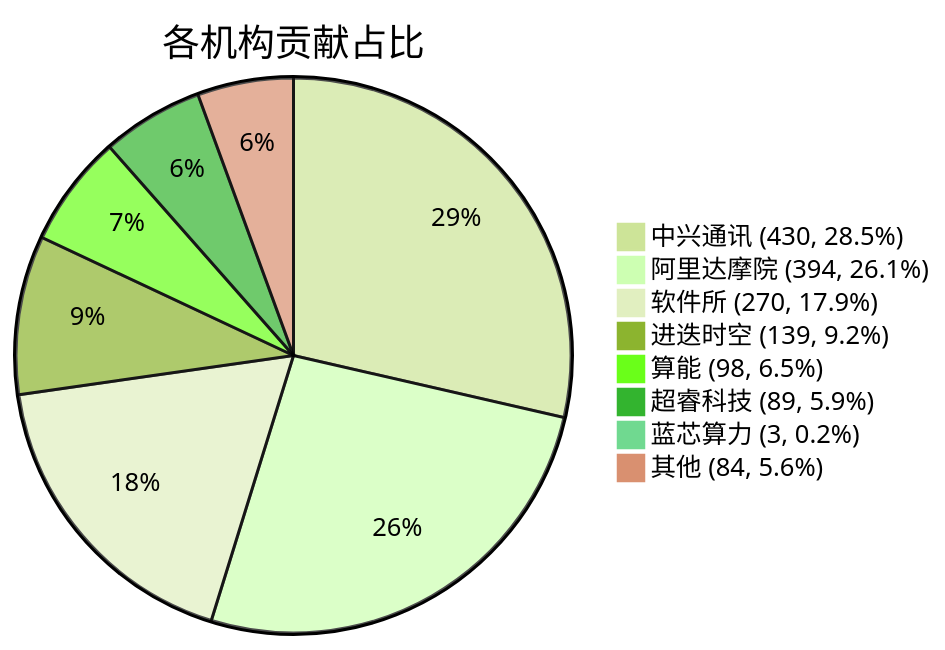
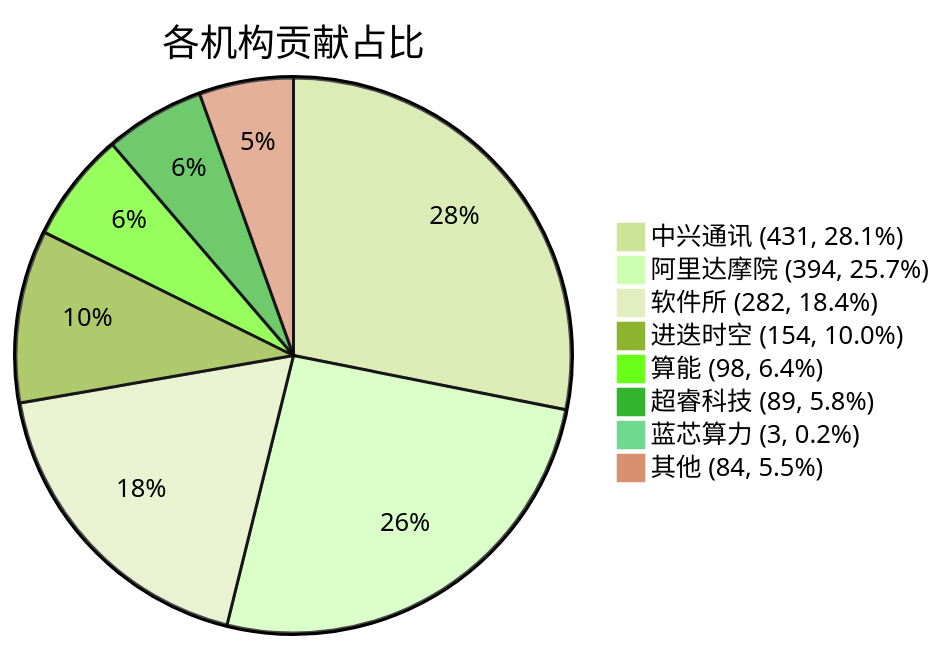
The diagram in docs/index.md (RVCK-Project/rvck), drawn with Mermaid (forest theme) before and after one commit. The commit also changed other lines of this file and 23 other files, not shown here.

````diff
--- a/docs/index.md
+++ b/docs/index.md
@@ -40,11 +40,11 @@
 ```mermaid
 pie title 各机构贡献占比
-    "中兴通讯 (430, 28.5%)" : 430
-    "阿里达摩院 (394, 26.1%)" : 394
-    "软件所 (270, 17.9%)" : 270
-    "进迭时空 (139, 9.2%)" : 139
-    "算能 (98, 6.5%)" : 98
-    "超睿科技 (89, 5.9%)" : 89
+    "中兴通讯 (431, 28.1%)" : 431
+    "阿里达摩院 (394, 25.7%)" : 394
+    "软件所 (282, 18.4%)" : 282
+    "进迭时空 (154, 10.0%)" : 154
+    "算能 (98, 6.4%)" : 98
+    "超睿科技 (89, 5.8%)" : 89
     "蓝芯算力 (3, 0.2%)" : 3
-    "其他 (84, 5.6%)" : 84
+    "其他 (84, 5.5%)" : 84
 ```
````
